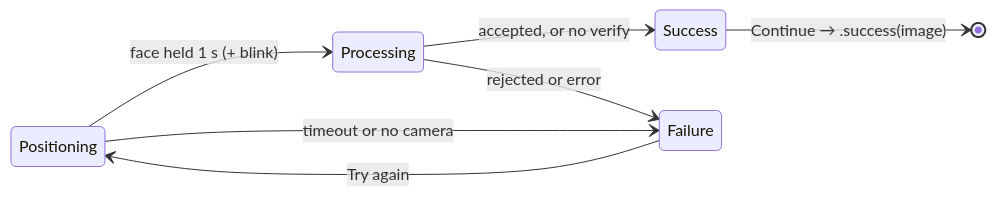
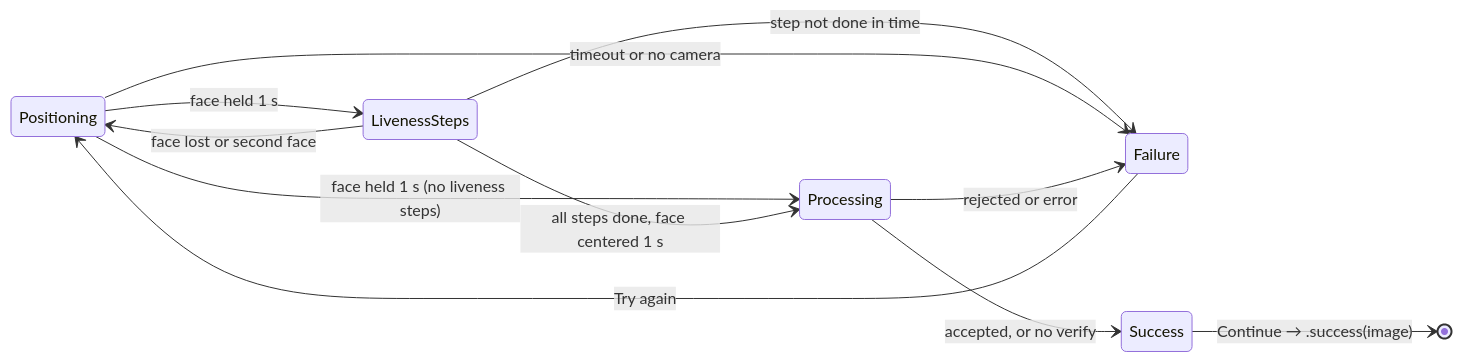
One commit to sinbadbd/ios-face-verification-sdk changed the diagram in README.md. Above: the diagram before and after it, drawn with Mermaid. The commit also changed other lines of this file and 11 other files, not shown here.

First line of the commit message:
Add sequential liveness steps (turn, tilt, blink)

````diff
--- a/README.md
+++ b/README.md
@@ -109,10 +110,14 @@
 ```mermaid
 stateDiagram-v2
     direction LR
-    Positioning --> Processing: face held 1 s (+ blink)
+    Positioning --> Processing: face held 1 s (no liveness steps)
+    Positioning --> LivenessSteps: face held 1 s
+    LivenessSteps --> Processing: all steps done, face centered 1 s
+    LivenessSteps --> Positioning: face lost or second face
+    LivenessSteps --> Failure: step not done in time
     Positioning --> Failure: timeout or no camera
     Processing --> Success: accepted, or no verify
     Processing --> Failure: rejected or error
     Failure --> Positioning: Try again
     Success --> [*]: Continue → .success(image)
 ```
````
